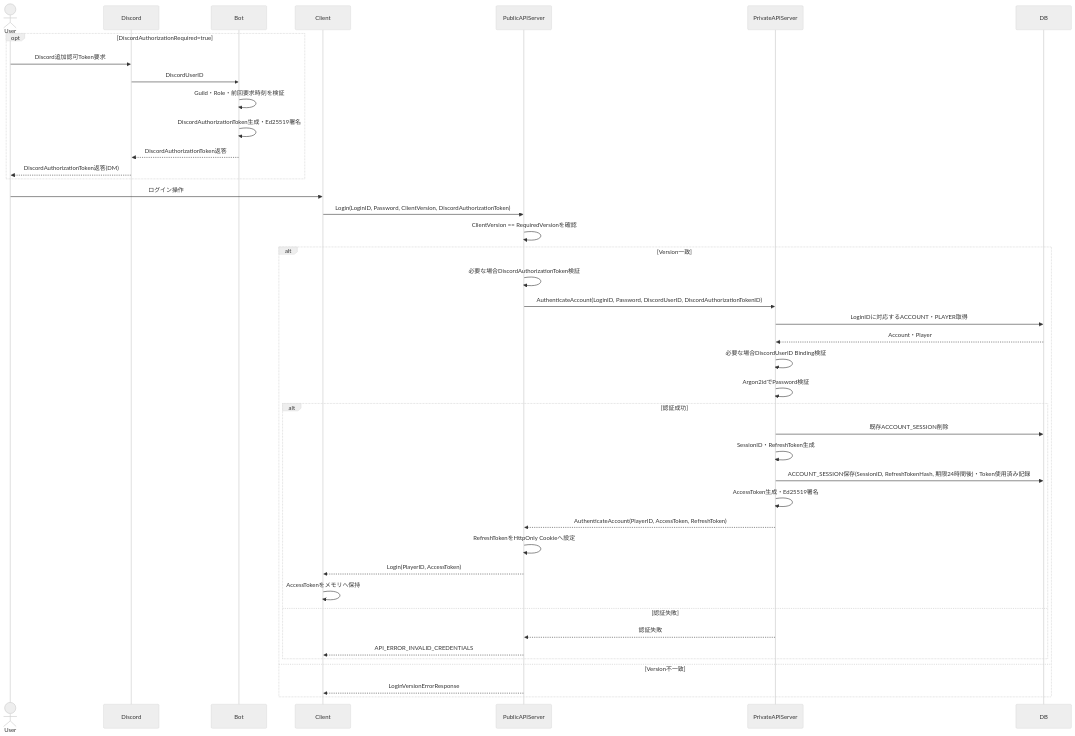
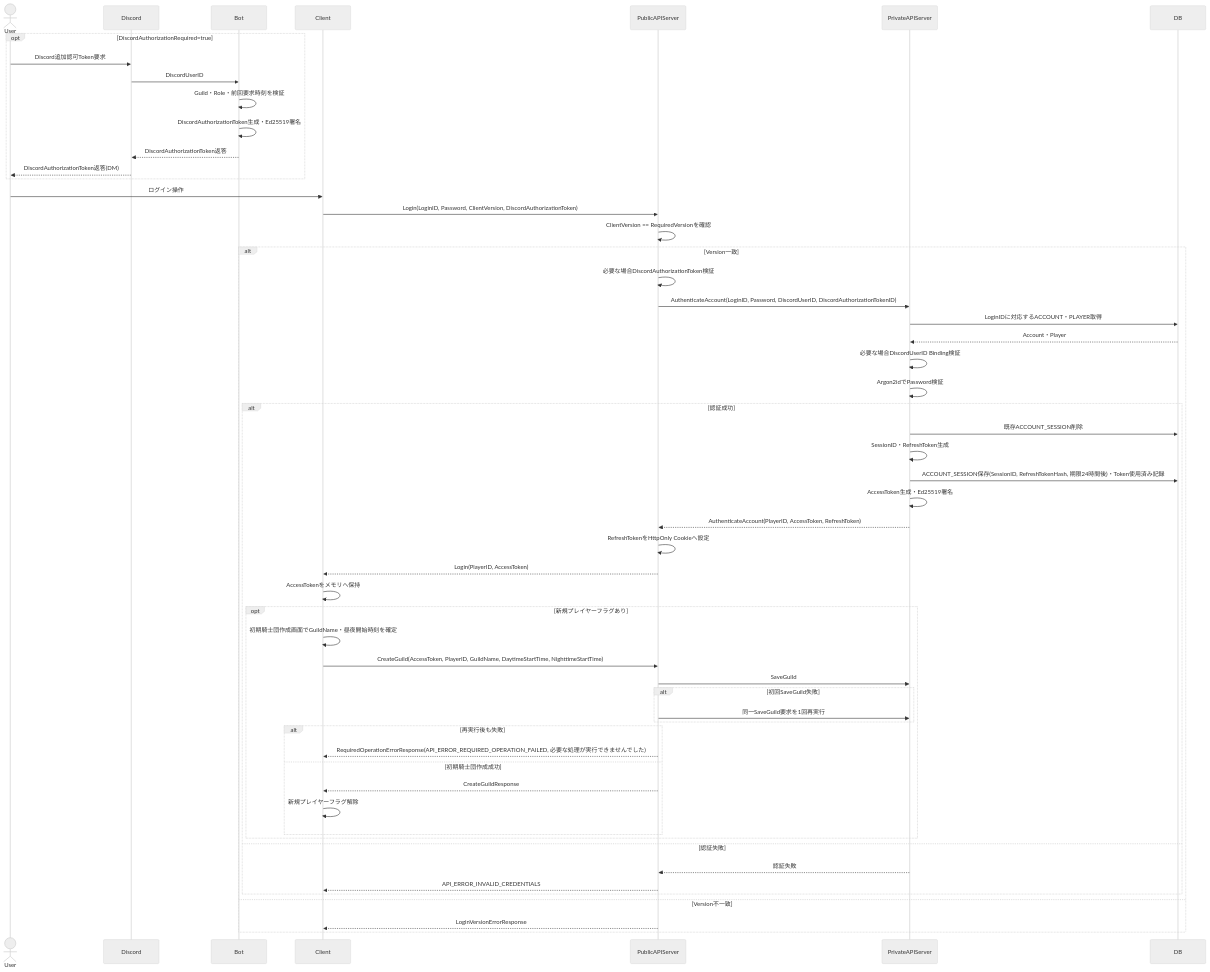
Before and after one commit to ReHydrangeaOdyssey/Specifications: the second of 4 diagrams in design/server/session.md, drawn with Mermaid (neutral theme). The commit also changed 18 other files, not shown here.

````diff
--- a/design/server/session.md
+++ b/design/server/session.md
@@ -174,48 +174,62 @@
 ```mermaid
 sequenceDiagram
     actor User
     participant Discord
     participant Bot
     participant Client
     participant PublicAPIServer
     participant PrivateAPIServer
     participant DB
 
     opt DiscordAuthorizationRequired=true
         User->>Discord: Discord追加認可Token要求
         Discord->>Bot: DiscordUserID
         Bot->>Bot: Guild・Role・前回要求時刻を検証
         Bot->>Bot: DiscordAuthorizationToken生成・Ed25519署名
         Bot-->>Discord: DiscordAuthorizationToken返答
         Discord-->>User: DiscordAuthorizationToken返答(DM)
     end
 
     User->>Client: ログイン操作
     Client->>PublicAPIServer: Login(LoginID, Password, ClientVersion, DiscordAuthorizationToken)
     PublicAPIServer->>PublicAPIServer: ClientVersion == RequiredVersionを確認
 
     alt Version一致
         PublicAPIServer->>PublicAPIServer: 必要な場合DiscordAuthorizationToken検証
         PublicAPIServer->>PrivateAPIServer: AuthenticateAccount(LoginID, Password, DiscordUserID, DiscordAuthorizationTokenID)
         PrivateAPIServer->>DB: LoginIDに対応するACCOUNT・PLAYER取得
         DB-->>PrivateAPIServer: Account・Player
         PrivateAPIServer->>PrivateAPIServer: 必要な場合DiscordUserID Binding検証
         PrivateAPIServer->>PrivateAPIServer: Argon2idでPassword検証
 
         alt 認証成功
             PrivateAPIServer->>DB: 既存ACCOUNT_SESSION削除
             PrivateAPIServer->>PrivateAPIServer: SessionID・RefreshToken生成
             PrivateAPIServer->>DB: ACCOUNT_SESSION保存(SessionID, RefreshTokenHash, 期限24時間後)・Token使用済み記録
             PrivateAPIServer->>PrivateAPIServer: AccessToken生成・Ed25519署名
             PrivateAPIServer-->>PublicAPIServer: AuthenticateAccount(PlayerID, AccessToken, RefreshToken)
             PublicAPIServer->>PublicAPIServer: RefreshTokenをHttpOnly Cookieへ設定
             PublicAPIServer-->>Client: Login(PlayerID, AccessToken)
             Client->>Client: AccessTokenをメモリへ保持
+            opt 新規プレイヤーフラグあり
+                Client->>Client: 初期騎士団作成画面でGuildName・昼夜開始時刻を確定
+                Client->>PublicAPIServer: CreateGuild(AccessToken, PlayerID, GuildName, DaytimeStartTime, NighttimeStartTime)
+                PublicAPIServer->>PrivateAPIServer: SaveGuild
+                alt 初回SaveGuild失敗
+                    PublicAPIServer->>PrivateAPIServer: 同一SaveGuild要求を1回再実行
+                end
+                alt 再実行後も失敗
+                    PublicAPIServer-->>Client: RequiredOperationErrorResponse(API_ERROR_REQUIRED_OPERATION_FAILED, 必要な処理が実行できませんでした)
+                else 初期騎士団作成成功
+                    PublicAPIServer-->>Client: CreateGuildResponse
+                    Client->>Client: 新規プレイヤーフラグ解除
+                end
+            end
         else 認証失敗
             PrivateAPIServer-->>PublicAPIServer: 認証失敗
             PublicAPIServer-->>Client: API_ERROR_INVALID_CREDENTIALS
         end
     else Version不一致
         PublicAPIServer-->>Client: LoginVersionErrorResponse
     end
 ```
````
